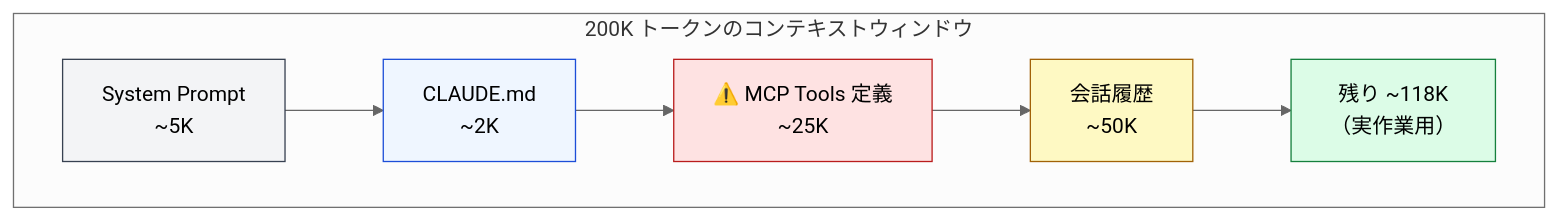
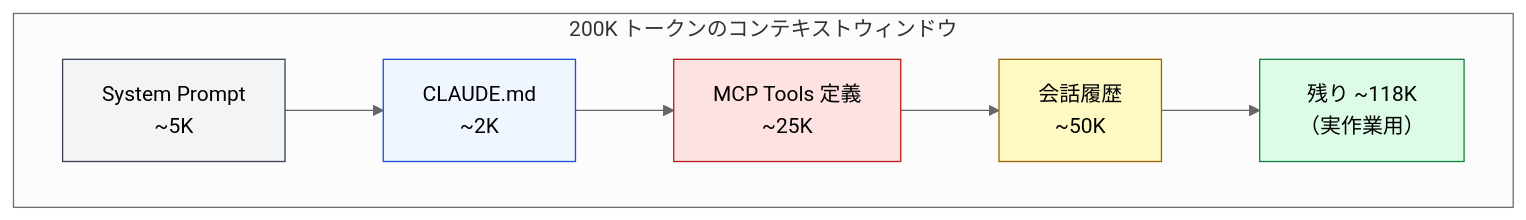
One commit to shuji-bonji/understanding-llm-through-claude-code changed the diagram in docs/ja/06-tool-context/mcp-context-cost.md. Above: the diagram before and after it, drawn with Mermaid (neutral theme). The commit also changed other lines of this file and 21 other files, not shown here.

````diff
--- a/docs/ja/06-tool-context/mcp-context-cost.md
+++ b/docs/ja/06-tool-context/mcp-context-cost.md
@@ -22,19 +22,19 @@
 ```mermaid
 graph TB
     subgraph budget ["200K トークンのコンテキストウィンドウ"]
         direction LR
         SP["System Prompt<br>~5K"]
         CM["CLAUDE.md<br>~2K"]
-        MCP["⚠️ MCP Tools 定義<br>~25K"]
+        MCP["MCP Tools 定義<br>~25K"]
         CH["会話履歴<br>~50K"]
         FREE["残り ~118K<br>（実作業用）"]
     end
 
     SP --> CM --> MCP --> CH --> FREE
 
     style SP fill:#f3f4f6,stroke:#374151,color:#000
     style CM fill:#eff6ff,stroke:#1d4ed8,color:#000
     style MCP fill:#fee2e2,stroke:#b91c1c,color:#000
     style CH fill:#fef9c3,stroke:#a16207,color:#000
     style FREE fill:#dcfce7,stroke:#15803d,color:#000
 ```
````
